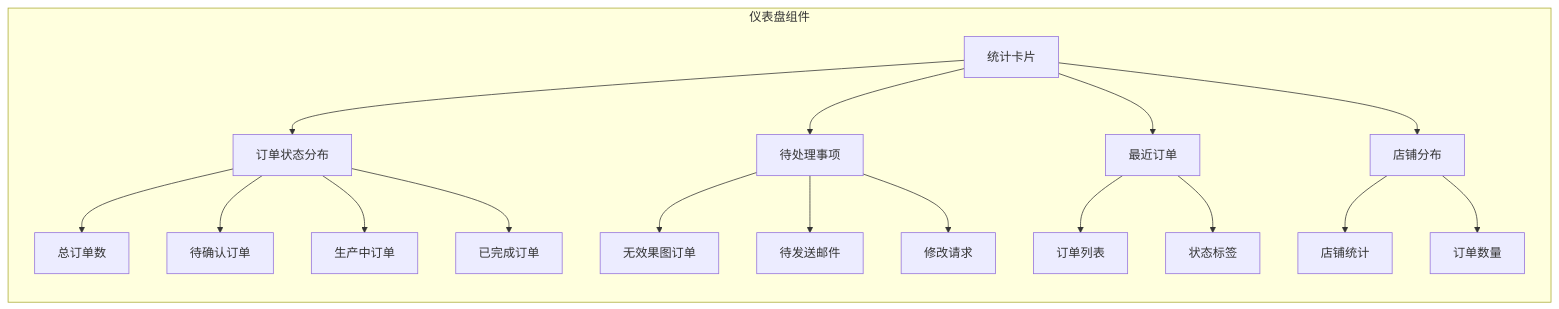
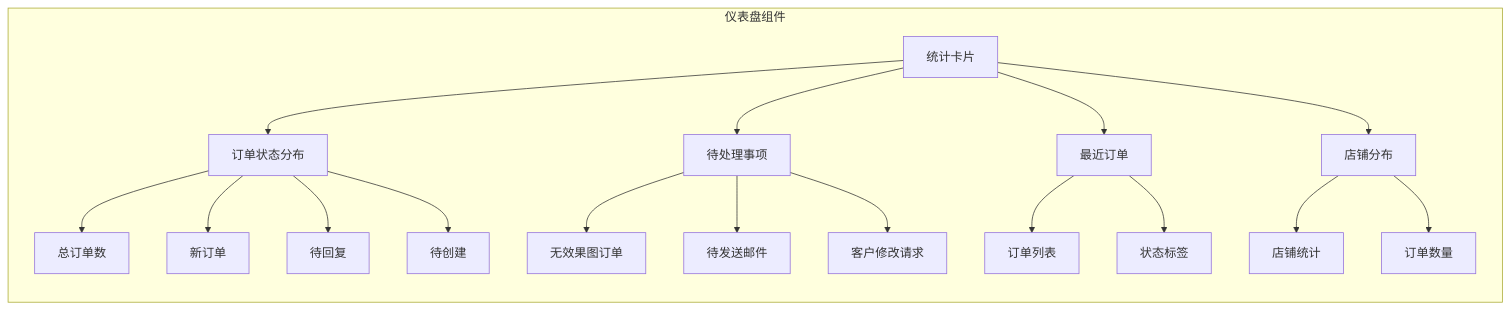
One commit to SY6621/POD-Order-Management changed the ninth of 20 diagrams in .qoder/repowiki/zh/content/开发指南/管理面板功能增强.md. Above: the diagram before and after it, drawn with Mermaid. The commit also changed other lines of this file and 8 other files, not shown here.

````diff
--- a/.qoder/repowiki/zh/content/开发指南/管理面板功能增强.md
+++ b/.qoder/repowiki/zh/content/开发指南/管理面板功能增强.md
@@ -334,20 +420,20 @@
 ```mermaid
 graph LR
 subgraph "仪表盘组件"
 A[统计卡片] --> B[订单状态分布]
 A --> C[待处理事项]
 A --> D[最近订单]
 A --> E[店铺分布]
 B --> F[总订单数]
-B --> G[待确认订单]
-B --> H[生产中订单]
-B --> I[已完成订单]
+B --> G[新订单]
+B --> H[待回复]
+B --> I[待创建]
 C --> J[无效果图订单]
 C --> K[待发送邮件]
-C --> L[修改请求]
+C --> L[客户修改请求]
 D --> M[订单列表]
 D --> N[状态标签]
 E --> O[店铺统计]
 E --> P[订单数量]
 end
 ```
````
